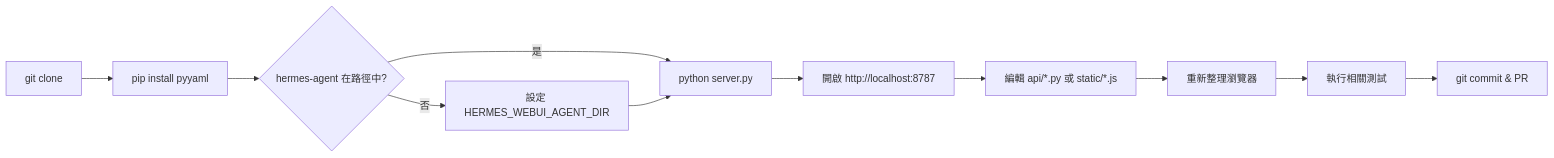
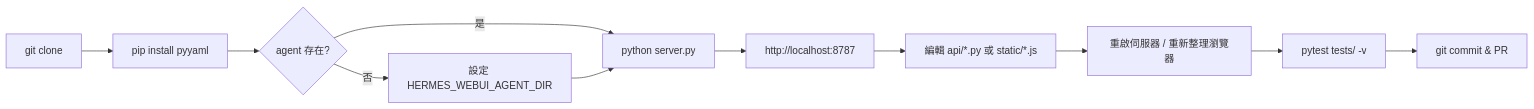
The first of 2 diagrams in .trace/DEV_GUIDE.md (pichiu/hermes-webui), drawn with Mermaid before and after one commit. The commit also changed other lines of this file and 2 other files, not shown here.

````diff
--- a/.trace/DEV_GUIDE.md
+++ b/.trace/DEV_GUIDE.md
@@ -99,13 +63,13 @@
 ```mermaid
 graph LR
     A[git clone] --> B[pip install pyyaml]
-    B --> C{hermes-agent 在路徑中?}
+    B --> C{agent 存在?}
     C -- 是 --> D[python server.py]
     C -- 否 --> E[設定 HERMES_WEBUI_AGENT_DIR]
     E --> D
-    D --> F[開啟 http://localhost:8787]
+    D --> F[http://localhost:8787]
     F --> G[編輯 api/*.py 或 static/*.js]
-    G --> H[重新整理瀏覽器]
-    H --> I[執行相關測試]
+    G --> H[重啟伺服器 / 重新整理瀏覽器]
+    H --> I[pytest tests/ -v]
     I --> J[git commit & PR]
 ```
````
